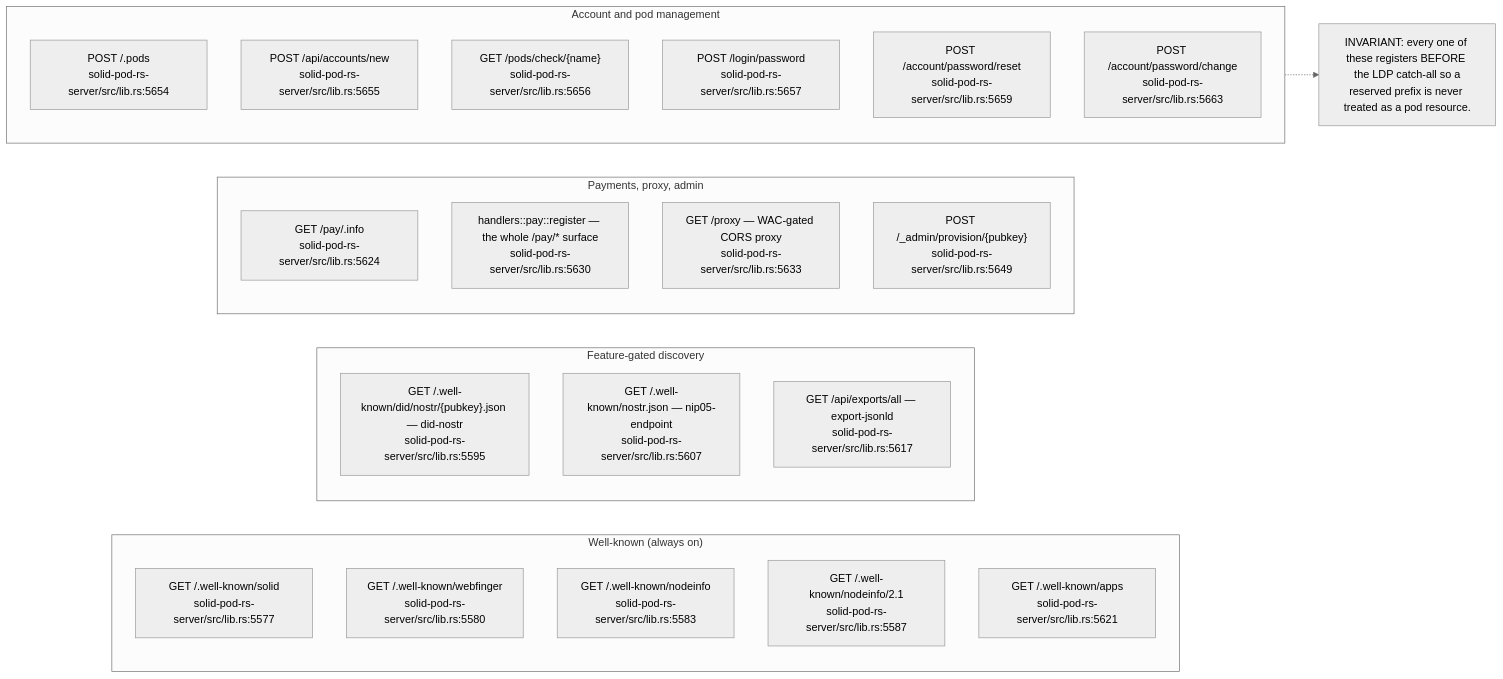
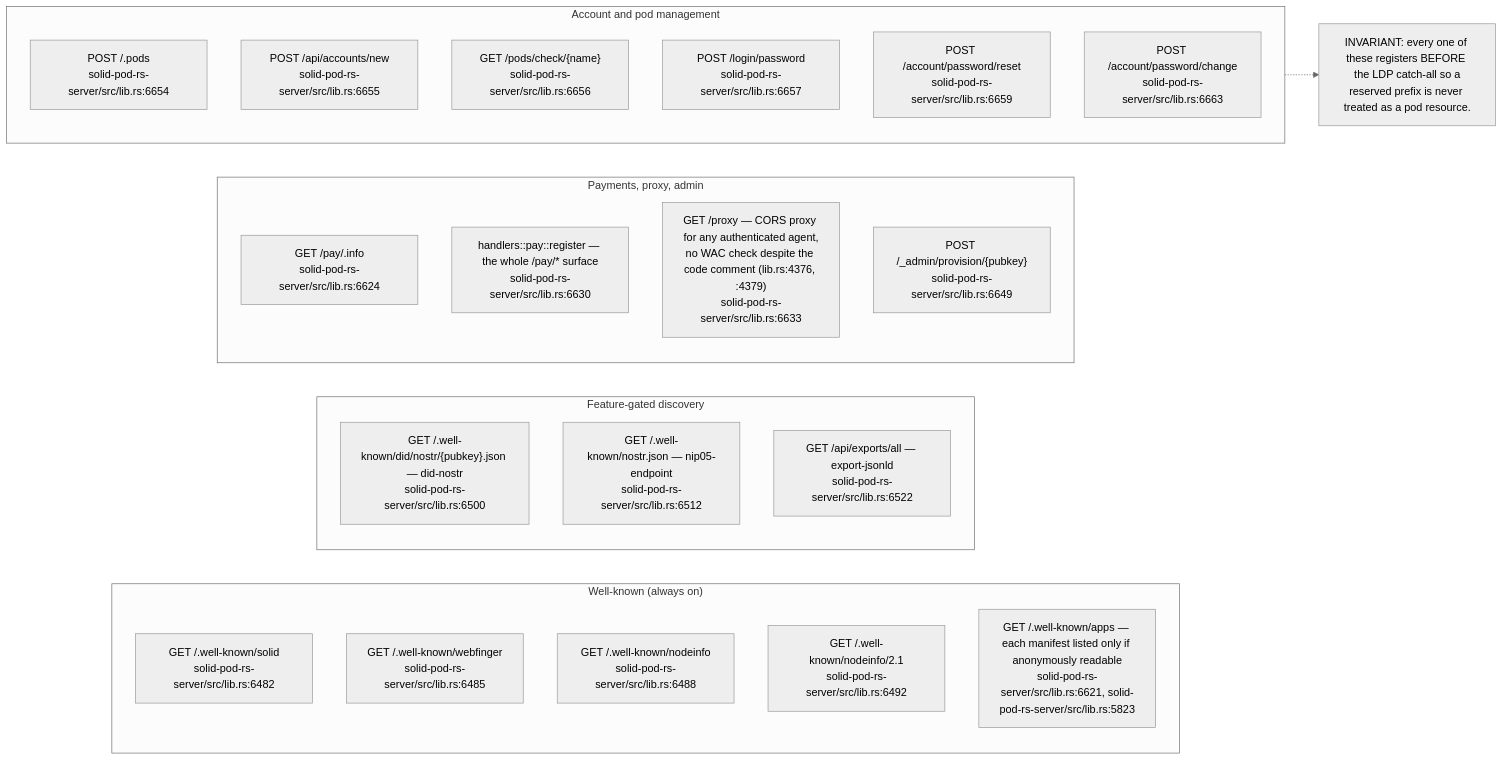
One commit to DreamLab-AI/VisionFlow changed the eighth of 12 diagrams in docs/diagrams/solid-pod-rs/02-server-boot-and-routes.md. Above: the diagram before and after it, drawn with Mermaid (neutral theme). The commit also changed other lines of this file and 1 other file, not shown here.

First line of the commit message:
docs(diagrams): SP-02, SP-06 re-verified at solid-pod-rs a28a748

````diff
--- a/docs/diagrams/solid-pod-rs/02-server-boot-and-routes.md
+++ b/docs/diagrams/solid-pod-rs/02-server-boot-and-routes.md
@@ -233,32 +276,32 @@
 ```mermaid
 flowchart LR
     subgraph WK["Well-known (always on)"]
-        A1["GET /.well-known/solid<br/>solid-pod-rs-server/src/lib.rs:5577"]
-        A2["GET /.well-known/webfinger<br/>solid-pod-rs-server/src/lib.rs:5580"]
-        A3["GET /.well-known/nodeinfo<br/>solid-pod-rs-server/src/lib.rs:5583"]
-        A4["GET /.well-known/nodeinfo/2.1<br/>solid-pod-rs-server/src/lib.rs:5587"]
-        A5["GET /.well-known/apps<br/>solid-pod-rs-server/src/lib.rs:5621"]
+        A1["GET /.well-known/solid<br/>solid-pod-rs-server/src/lib.rs:6482"]
+        A2["GET /.well-known/webfinger<br/>solid-pod-rs-server/src/lib.rs:6485"]
+        A3["GET /.well-known/nodeinfo<br/>solid-pod-rs-server/src/lib.rs:6488"]
+        A4["GET /.well-known/nodeinfo/2.1<br/>solid-pod-rs-server/src/lib.rs:6492"]
+        A5["GET /.well-known/apps — each manifest listed only if anonymously readable<br/>solid-pod-rs-server/src/lib.rs:6621, solid-pod-rs-server/src/lib.rs:5823"]
     end
     subgraph GATED["Feature-gated discovery"]
-        B1["GET /.well-known/did/nostr/{pubkey}.json — did-nostr<br/>solid-pod-rs-server/src/lib.rs:5595"]
-        B2["GET /.well-known/nostr.json — nip05-endpoint<br/>solid-pod-rs-server/src/lib.rs:5607"]
-        B3["GET /api/exports/all — export-jsonld<br/>solid-pod-rs-server/src/lib.rs:5617"]
+        B1["GET /.well-known/did/nostr/{pubkey}.json — did-nostr<br/>solid-pod-rs-server/src/lib.rs:6500"]
+        B2["GET /.well-known/nostr.json — nip05-endpoint<br/>solid-pod-rs-server/src/lib.rs:6512"]
+        B3["GET /api/exports/all — export-jsonld<br/>solid-pod-rs-server/src/lib.rs:6522"]
     end
     subgraph PAYADMIN["Payments, proxy, admin"]
-        C1["GET /pay/.info<br/>solid-pod-rs-server/src/lib.rs:5624"]
-        C2["handlers::pay::register — the whole /pay/* surface<br/>solid-pod-rs-server/src/lib.rs:5630"]
-        C3["GET /proxy — WAC-gated CORS proxy<br/>solid-pod-rs-server/src/lib.rs:5633"]
-        C4["POST /_admin/provision/{pubkey}<br/>solid-pod-rs-server/src/lib.rs:5649"]
+        C1["GET /pay/.info<br/>solid-pod-rs-server/src/lib.rs:6624"]
+        C2["handlers::pay::register — the whole /pay/* surface<br/>solid-pod-rs-server/src/lib.rs:6630"]
+        C3["GET /proxy — CORS proxy for any authenticated agent,<br/>no WAC check despite the code comment (lib.rs:4376, :4379)<br/>solid-pod-rs-server/src/lib.rs:6633"]
+        C4["POST /_admin/provision/{pubkey}<br/>solid-pod-rs-server/src/lib.rs:6649"]
     end
     subgraph ACCT["Account and pod management"]
-        D1["POST /.pods<br/>solid-pod-rs-server/src/lib.rs:5654"]
-        D2["POST /api/accounts/new<br/>solid-pod-rs-server/src/lib.rs:5655"]
-        D3["GET /pods/check/{name}<br/>solid-pod-rs-server/src/lib.rs:5656"]
-        D4["POST /login/password<br/>solid-pod-rs-server/src/lib.rs:5657"]
-        D5["POST /account/password/reset<br/>solid-pod-rs-server/src/lib.rs:5659"]
-        D6["POST /account/password/change<br/>solid-pod-rs-server/src/lib.rs:5663"]
+        D1["POST /.pods<br/>solid-pod-rs-server/src/lib.rs:6654"]
+        D2["POST /api/accounts/new<br/>solid-pod-rs-server/src/lib.rs:6655"]
+        D3["GET /pods/check/{name}<br/>solid-pod-rs-server/src/lib.rs:6656"]
+        D4["POST /login/password<br/>solid-pod-rs-server/src/lib.rs:6657"]
+        D5["POST /account/password/reset<br/>solid-pod-rs-server/src/lib.rs:6659"]
+        D6["POST /account/password/change<br/>solid-pod-rs-server/src/lib.rs:6663"]
     end
 
     N["INVARIANT: every one of these registers BEFORE the LDP catch-all so a\nreserved prefix is never treated as a pod resource."]
     ACCT -.-> N
 ```
````
